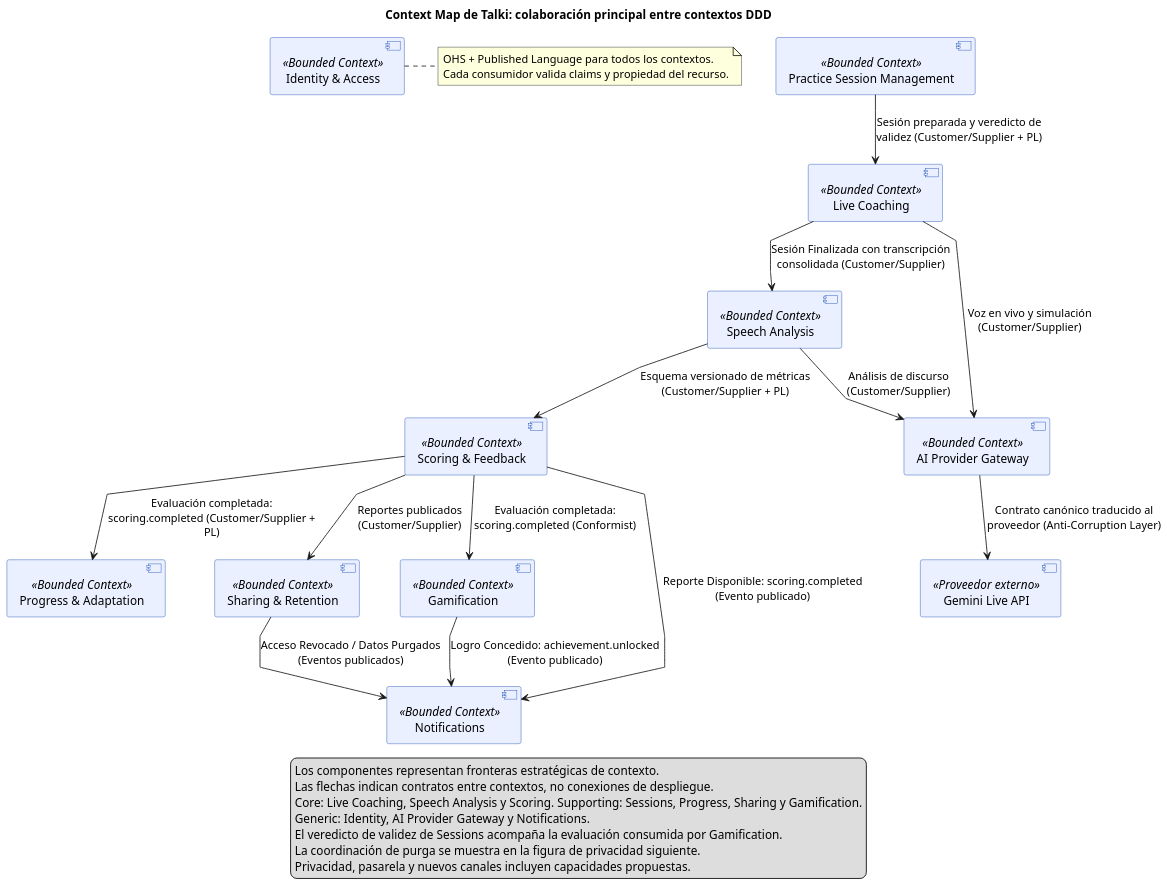
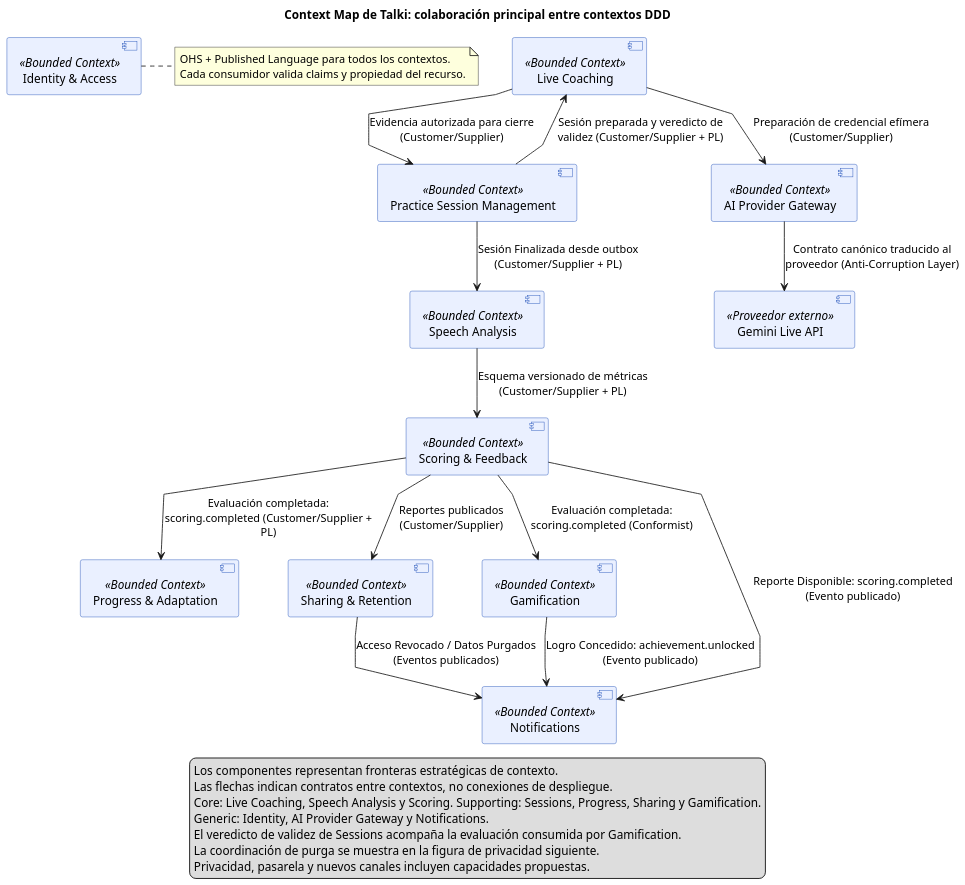
The diagram in assets/diagrams/c4/context-map.puml (upc-pre-202620-si728-16365-thropic/talki-project-report), drawn with PlantUML before and after one commit. The commit also changed 15 other files, not shown here.

First line of the commit message:
docs(architecture): alinea contextos, cierre y privacidad con el diseño táctico

```diff
--- a/assets/diagrams/c4/context-map.puml
+++ b/assets/diagrams/c4/context-map.puml
@@ -1,51 +1,51 @@
 @startuml
 skinparam defaultFontName Arial
 skinparam dpi 130
 skinparam packageStyle rectangle
 skinparam linetype polyline
 skinparam nodesep 40
 skinparam ranksep 45
 skinparam componentStyle uml2
 skinparam component {
  BackgroundColor #EAF0FF
  BorderColor #1749B5
 }
 top to bottom direction
 title Context Map de Talki: colaboración principal entre contextos DDD
 component "Gemini Live API" as gemini <<Proveedor externo>>
 component "Live Coaching" as liveCoaching <<Bounded Context>>
 component "Speech Analysis" as speechAnalysis <<Bounded Context>>
 component "Scoring & Feedback" as scoring <<Bounded Context>>
 component "Practice Session Management" as session <<Bounded Context>>
 component "Progress & Adaptation" as progress <<Bounded Context>>
 component "Sharing & Retention" as sharing <<Bounded Context>>
 component "Gamification" as gamification <<Bounded Context>>
 component "Identity & Access" as identity <<Bounded Context>>
 component "AI Provider Gateway" as aiGateway <<Bounded Context>>
 component "Notifications" as notifications <<Bounded Context>>
 session --> liveCoaching : Sesión preparada y veredicto de\nvalidez (Customer/Supplier + PL)
-liveCoaching --> speechAnalysis : Sesión Finalizada con transcripción\nconsolidada (Customer/Supplier)
+liveCoaching --> session : Evidencia autorizada para cierre\n(Customer/Supplier)
+session --> speechAnalysis : Sesión Finalizada desde outbox\n(Customer/Supplier + PL)
 speechAnalysis --> scoring : Esquema versionado de métricas\n(Customer/Supplier + PL)
 scoring --> progress : Evaluación completada:\nscoring.completed (Customer/Supplier +\nPL)
 scoring --> sharing : Reportes publicados\n(Customer/Supplier)
-liveCoaching --> aiGateway : Voz en vivo y simulación\n(Customer/Supplier)
-speechAnalysis --> aiGateway : Análisis de discurso\n(Customer/Supplier)
+liveCoaching --> aiGateway : Preparación de credencial efímera\n(Customer/Supplier)
 aiGateway --> gemini : Contrato canónico traducido al\nproveedor (Anti-Corruption Layer)
 scoring --> gamification : Evaluación completada:\nscoring.completed (Conformist)
 sharing --> notifications : Acceso Revocado / Datos Purgados\n(Eventos publicados)
 scoring --> notifications : Reporte Disponible: scoring.completed\n(Evento publicado)
 gamification --> notifications : Logro Concedido: achievement.unlocked\n(Evento publicado)
 note right of identity
 OHS + Published Language para todos los contextos.
 Cada consumidor valida claims y propiedad del recurso.
 end note
 legend bottom
 Los componentes representan fronteras estratégicas de contexto.
 Las flechas indican contratos entre contextos, no conexiones de despliegue.
 Core: Live Coaching, Speech Analysis y Scoring. Supporting: Sessions, Progress, Sharing y Gamification.
 Generic: Identity, AI Provider Gateway y Notifications.
 El veredicto de validez de Sessions acompaña la evaluación consumida por Gamification.
 La coordinación de purga se muestra en la figura de privacidad siguiente.
 Privacidad, pasarela y nuevos canales incluyen capacidades propuestas.
 endlegend
 @enduml
```
